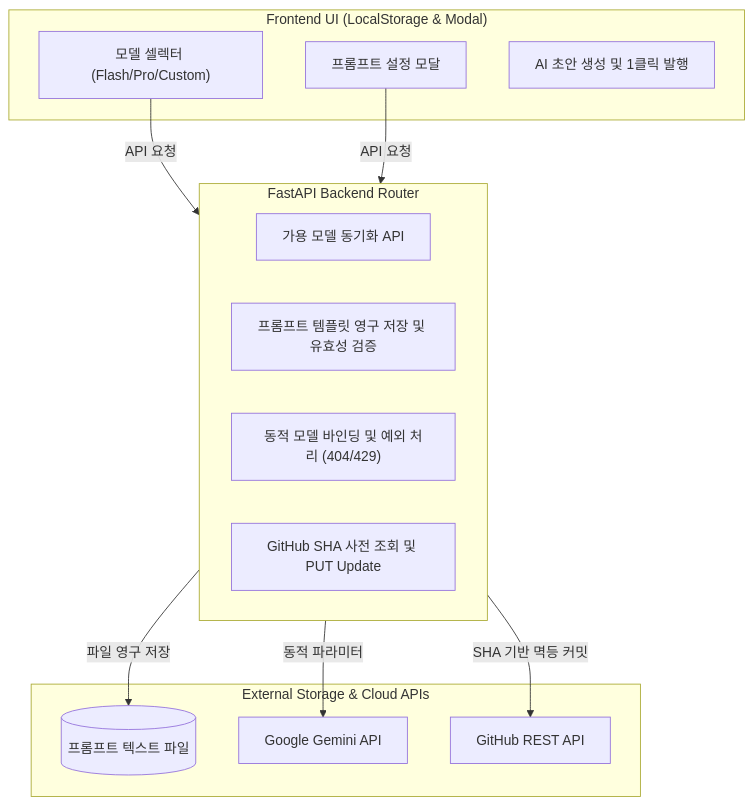
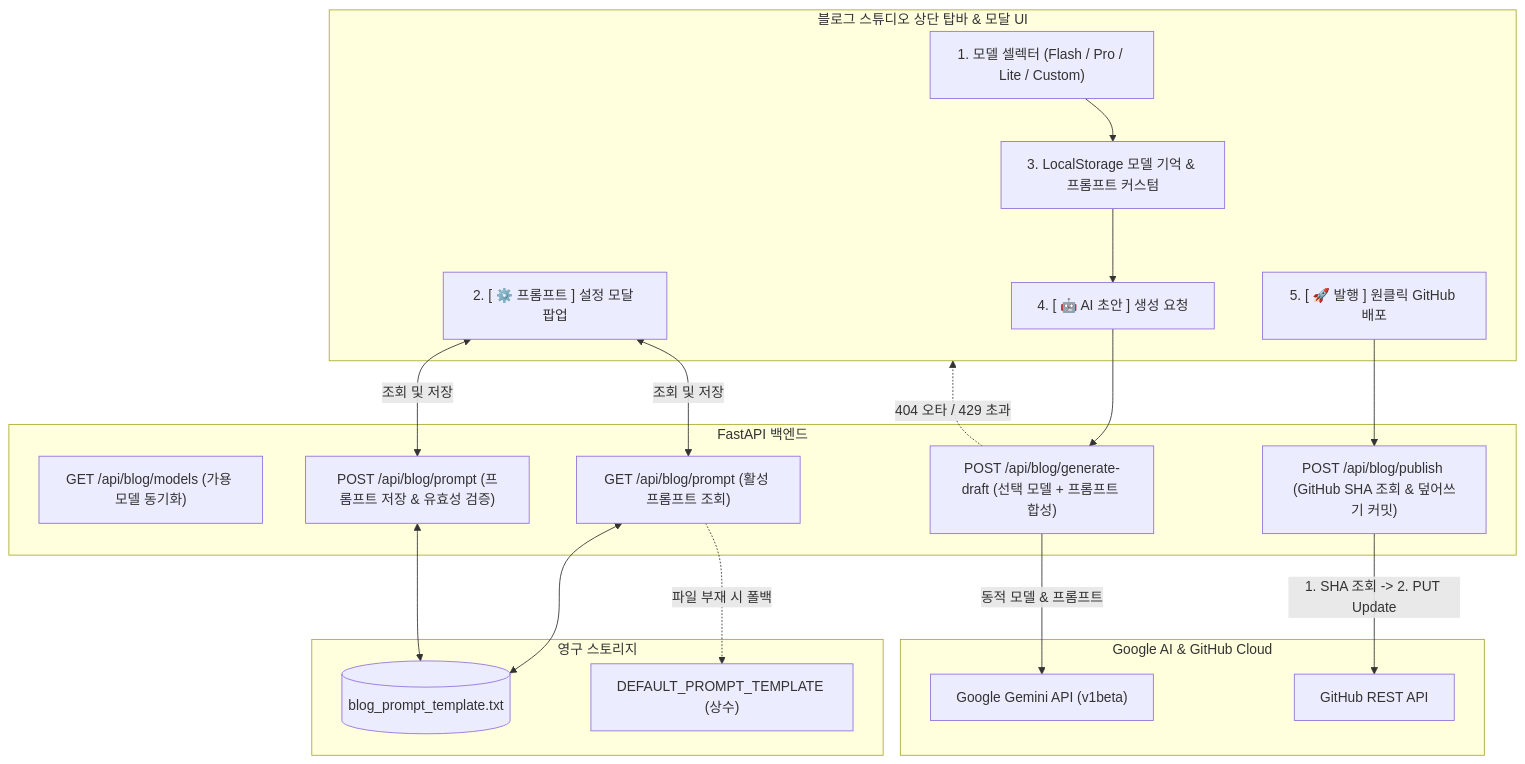
One commit to daniel-dataflow/daniel-dataflow.github.io changed the diagram in content/posts/picksafe/2026-08-30-블로그-스튜디오-AI-모델-동적-선택기-및-쿼터-안전망-구축.md. Above: the diagram before and after it, drawn with Mermaid. The commit also changed other lines of this file and 64 other files, not shown here.

````diff
--- a/content/posts/picksafe/2026-08-30-블로그-스튜디오-AI-모델-동적-선택기-및-쿼터-안전망-구축.md
+++ b/content/posts/picksafe/2026-08-30-블로그-스튜디오-AI-모델-동적-선택기-및-쿼터-안전망-구축.md
@@ -37,26 +37,40 @@
 ```mermaid
 flowchart TD
-    subgraph Frontend ["Frontend UI (LocalStorage & Modal)"]
-        M1["모델 셀렉터 (Flash/Pro/Custom)"]
-        M2["프롬프트 설정 모달"]
-        M3["AI 초안 생성 및 1클릭 발행"]
+    subgraph Frontend_UI ["블로그 스튜디오 상단 탑바 & 모달 UI"]
+        M1["1. 모델 셀렉터 (Flash / Pro / Lite / Custom)"]
+        M2["2. [ ⚙️ 프롬프트 ] 설정 모달 팝업"]
+        M3["3. LocalStorage 모델 기억 & 프롬프트 커스텀"]
+        M4["4. [ 🤖 AI 초안 ] 생성 요청"]
+        M5["5. [ 🚀 발행 ] 원클릭 GitHub 배포"]
     end
 
-    subgraph Backend ["FastAPI Backend Router"]
-        B1["가용 모델 동기화 API"]
-        B2["프롬프트 템플릿 영구 저장 및 유효성 검증"]
-        B3["동적 모델 바인딩 및 예외 처리 (404/429)"]
-        B4["GitHub SHA 사전 조회 및 PUT Update"]
+    subgraph Backend_Router ["FastAPI 백엔드"]
+        B1["GET /api/blog/models (가용 모델 동기화)"]
+        B2["GET /api/blog/prompt (활성 프롬프트 조회)"]
+        B3["POST /api/blog/prompt (프롬프트 저장 & 유효성 검증)"]
+        B4["POST /api/blog/generate-draft (선택 모델 + 프롬프트 합성)"]
+        B5["POST /api/blog/publish (GitHub SHA 조회 & 덮어쓰기 커밋)"]
     end
 
-    subgraph Storage & Cloud ["External Storage & Cloud APIs"]
-        P_FILE[("프롬프트 텍스트 파일")]
-        G_AI["Google Gemini API"]
+    subgraph Storage_Layer ["영구 스토리지"]
+        P_FILE[("blog_prompt_template.txt")]
+        DEF_P["DEFAULT_PROMPT_TEMPLATE (상수)"]
+    end
+
+    subgraph External_Cloud ["Google AI & GitHub Cloud"]
+        G_AI["Google Gemini API (v1beta)"]
         GH_API["GitHub REST API"]
     end
 
-    M1 & M2 -->|API 요청| Backend
-    Backend -->|파일 영구 저장| P_FILE
-    Backend -->|동적 파라미터| G_AI
-    Backend -->|SHA 기반 멱등 커밋| GH_API
+    M2 <-->|조회 및 저장| B2 & B3
+    B2 & B3 <--> P_FILE
+    B2 -.->|파일 부재 시 폴백| DEF_P
+
+    M1 --> M3 --> M4
+    M4 --> B4
+    B4 -->|동적 모델 & 프롬프트| G_AI
+    B4 -.->|404 오타 / 429 초과| Frontend_UI
+
+    M5 --> B5
+    B5 -->|1. SHA 조회 -> 2. PUT Update| GH_API
 ```
````
